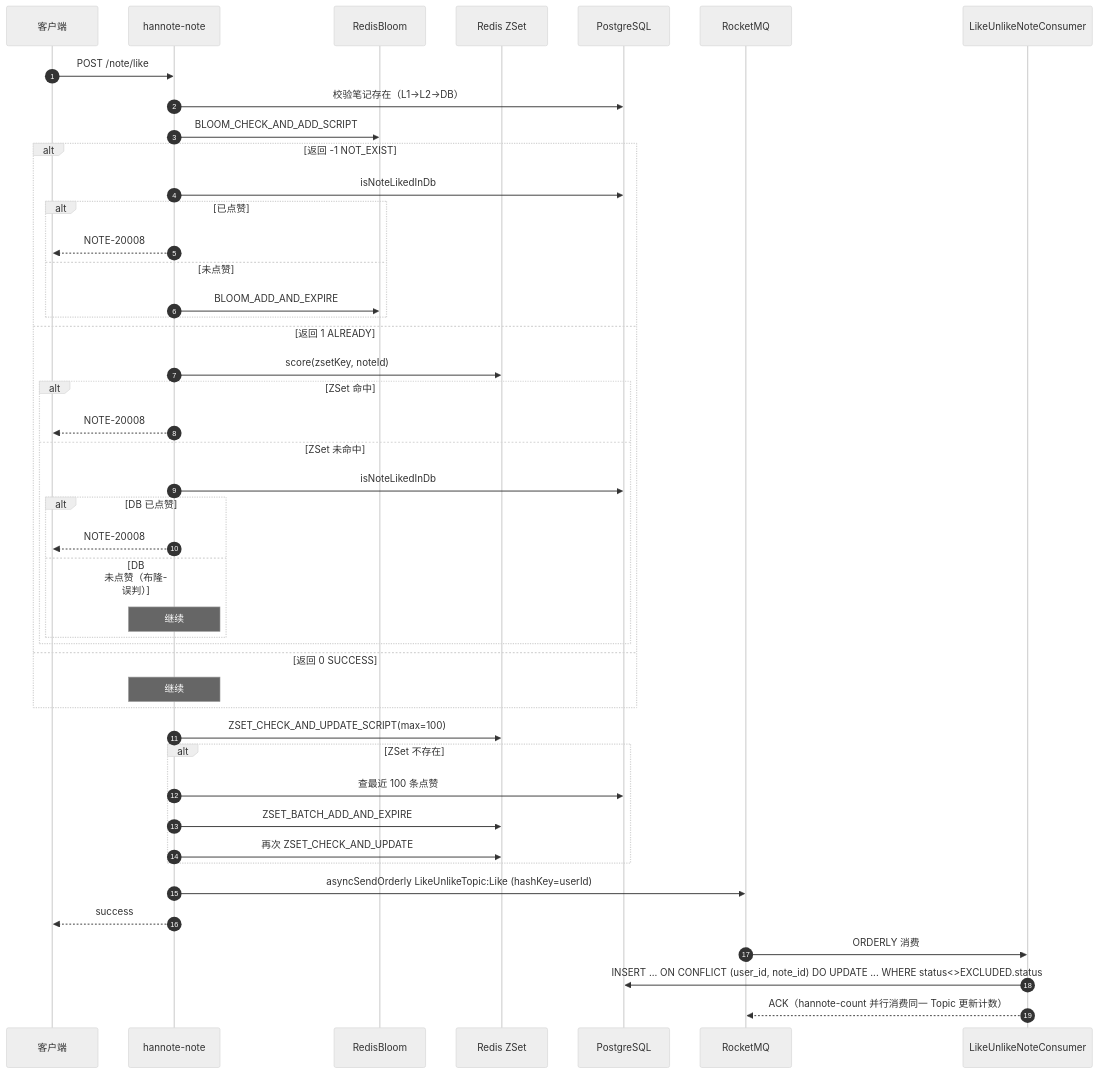
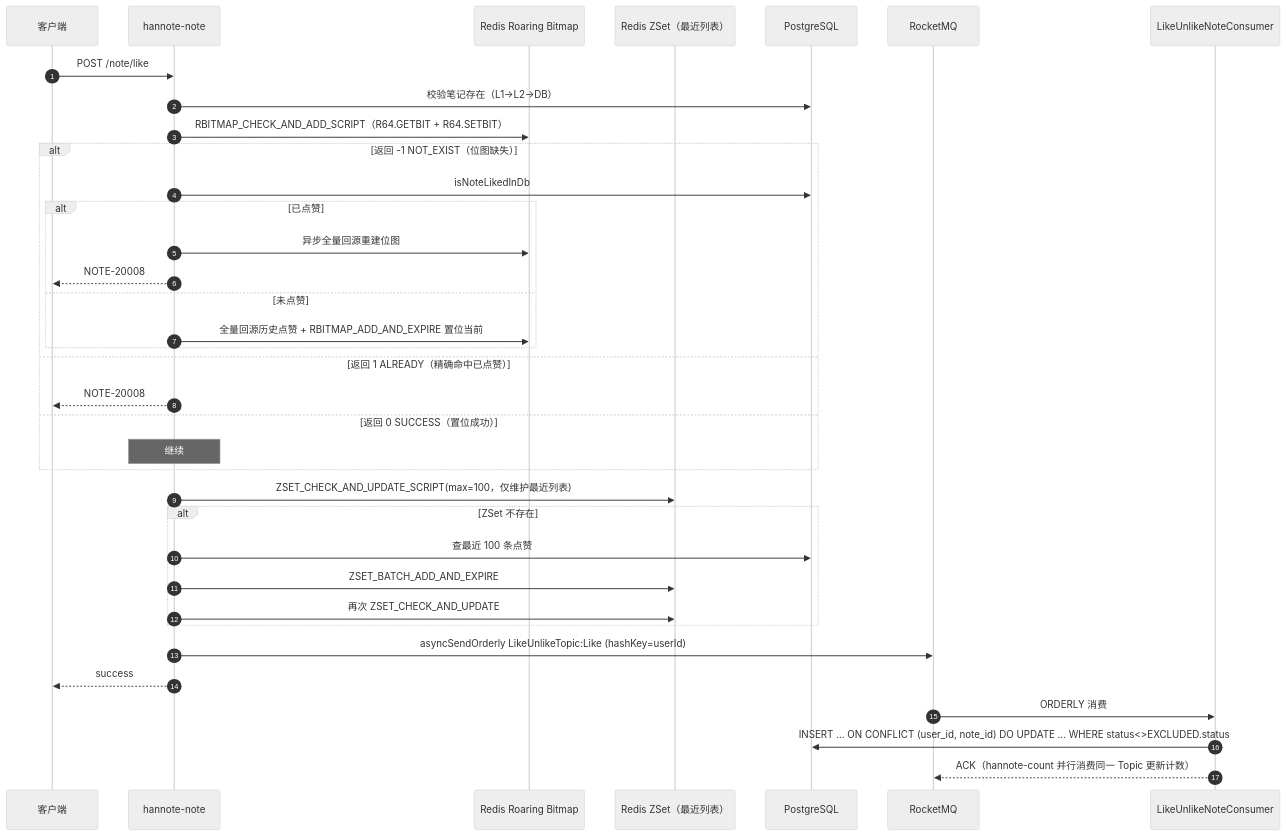
Before and after one commit to HLKX9178/han-note-2.0: the fourth of 7 diagrams in hannote-note/hannote-note-biz/DESIGN.md, drawn with Mermaid (neutral theme). The commit also changed other lines of this file and 3 other files, not shown here.

````diff
--- a/hannote-note/hannote-note-biz/DESIGN.md
+++ b/hannote-note/hannote-note-biz/DESIGN.md
@@ -422,51 +419,42 @@
 ```mermaid
 sequenceDiagram
     autonumber
     participant Client as 客户端
     participant NoteSvc as hannote-note
-    participant Bloom as RedisBloom
-    participant ZSet as Redis ZSet
+    participant RBitmap as Redis Roaring Bitmap
+    participant ZSet as Redis ZSet（最近列表）
     participant PG as PostgreSQL
     participant MQ as RocketMQ
     participant Consumer as LikeUnlikeNoteConsumer
 
     Client->>NoteSvc: POST /note/like
     NoteSvc->>PG: 校验笔记存在（L1→L2→DB）
-    NoteSvc->>Bloom: BLOOM_CHECK_AND_ADD_SCRIPT
-    alt 返回 -1 NOT_EXIST
+    NoteSvc->>RBitmap: RBITMAP_CHECK_AND_ADD_SCRIPT（R64.GETBIT + R64.SETBIT）
+    alt 返回 -1 NOT_EXIST（位图缺失）
         NoteSvc->>PG: isNoteLikedInDb
         alt 已点赞
+            NoteSvc->>RBitmap: 异步全量回源重建位图
             NoteSvc-->>Client: NOTE-20008
         else 未点赞
-            NoteSvc->>Bloom: BLOOM_ADD_AND_EXPIRE
+            NoteSvc->>RBitmap: 全量回源历史点赞 + RBITMAP_ADD_AND_EXPIRE 置位当前
         end
-    else 返回 1 ALREADY
-        NoteSvc->>ZSet: score(zsetKey, noteId)
-        alt ZSet 命中
-            NoteSvc-->>Client: NOTE-20008
-        else ZSet 未命中
-            NoteSvc->>PG: isNoteLikedInDb
-            alt DB 已点赞
-                NoteSvc-->>Client: NOTE-20008
-            else DB 未点赞（布隆误判）
-                Note over NoteSvc: 继续
-            end
-        end
-    else 返回 0 SUCCESS
+    else 返回 1 ALREADY（精确命中已点赞）
+        NoteSvc-->>Client: NOTE-20008
+    else 返回 0 SUCCESS（置位成功）
         Note over NoteSvc: 继续
     end
 
-    NoteSvc->>ZSet: ZSET_CHECK_AND_UPDATE_SCRIPT(max=100)
+    NoteSvc->>ZSet: ZSET_CHECK_AND_UPDATE_SCRIPT(max=100，仅维护最近列表)
     alt ZSet 不存在
         NoteSvc->>PG: 查最近 100 条点赞
         NoteSvc->>ZSet: ZSET_BATCH_ADD_AND_EXPIRE
         NoteSvc->>ZSet: 再次 ZSET_CHECK_AND_UPDATE
     end
 
     NoteSvc->>MQ: asyncSendOrderly LikeUnlikeTopic:Like (hashKey=userId)
     NoteSvc-->>Client: success
 
     MQ->>Consumer: ORDERLY 消费
     Consumer->>PG: INSERT ... ON CONFLICT (user_id, note_id) DO UPDATE ... WHERE status<>EXCLUDED.status
     Consumer-->>MQ: ACK（hannote-count 并行消费同一 Topic 更新计数）
 ```
````
